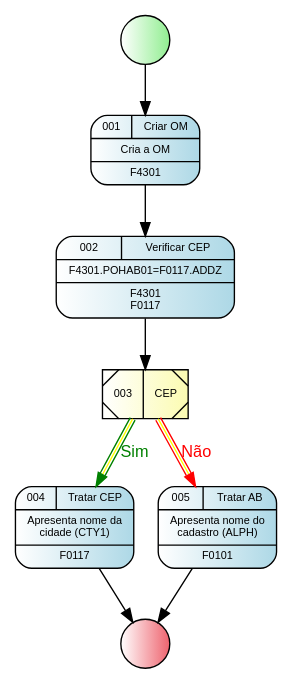
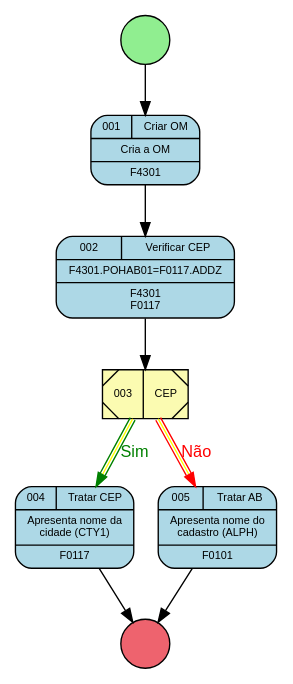
The diagram in CEP process.gv (GiovaniPM/Graphs), drawn with Graphviz before and after one commit. The commit also changed 2 other files, not shown here.

```diff
--- a/CEP process.gv
+++ b/CEP process.gv
@@ -1,61 +1,61 @@
 digraph R {
     nodeini [
                 shape=circle,
                 style="filled",
-                fillcolor="white:lightgreen",
+                fillcolor="lightgreen",
                 label=""
             ]
     node001 [
                 fontname = "Arial",
                 fontsize = 8,
                 shape=record,
                 style="rounded,filled",
-                fillcolor="white:lightblue"
+                fillcolor="lightblue"
                 label="{{001|Criar OM}|Cria a OM|F4301}"
             ]
     node002 [
                 fontname = "Arial",
                 fontsize = 8,
                 shape=record,
                 style="rounded,filled",
-                fillcolor="white:lightblue"
+                fillcolor="lightblue"
                 label="{{002|Verificar CEP}|F4301.POHAB01=F0117.ADDZ|F4301\nF0117}"
             ]
     node003 [
                 fontname = "Arial",
                 fontsize = 8,
                 shape=record,
                 style="diagonals,filled",
-                fillcolor="white:#fbfbb1"
+                fillcolor="#fbfbb1"
                 label="003|CEP"
             ]
     node004 [
                 fontname = "Arial",
                 fontsize = 8,
                 shape=record,
                 style="rounded,filled",
-                fillcolor="white:lightblue"
+                fillcolor="lightblue"
                 label="{{004|Tratar CEP}|Apresenta nome da\ncidade (CTY1)|F0117}"
             ]
     node005 [
                 fontname = "Arial",
                 fontsize = 8,
                 shape=record,
                 style="rounded,filled",
-                fillcolor="white:lightblue"
+                fillcolor="lightblue"
                 label="{{005|Tratar AB}|Apresenta nome do\ncadastro (ALPH)|F0101}"
             ]
     nodefin [
                 shape=circle,
                 style="filled",
-                fillcolor="white:#ee636e",
+                fillcolor="#ee636e",
                 label=""
             ]
     nodeini -> node001
     node001 -> node002
     node002 -> node003
     node003 -> node004 [fontname = "Arial", fontsize = 12, fontcolor="green", color="green:yellow:green", label="Sim"]
     node003 -> node005 [fontname = "Arial", fontsize = 12, fontcolor="red", color="red:yellow:red", label="Não"]
     node004 -> nodefin
     node005 -> nodefin
 }
```
